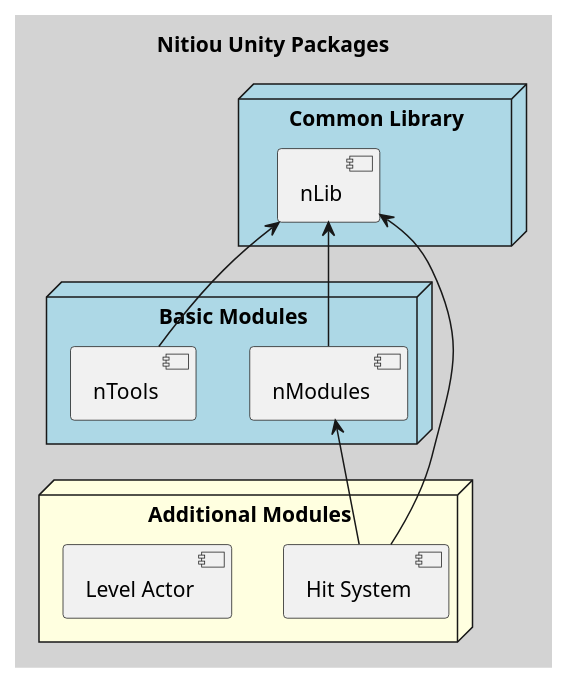
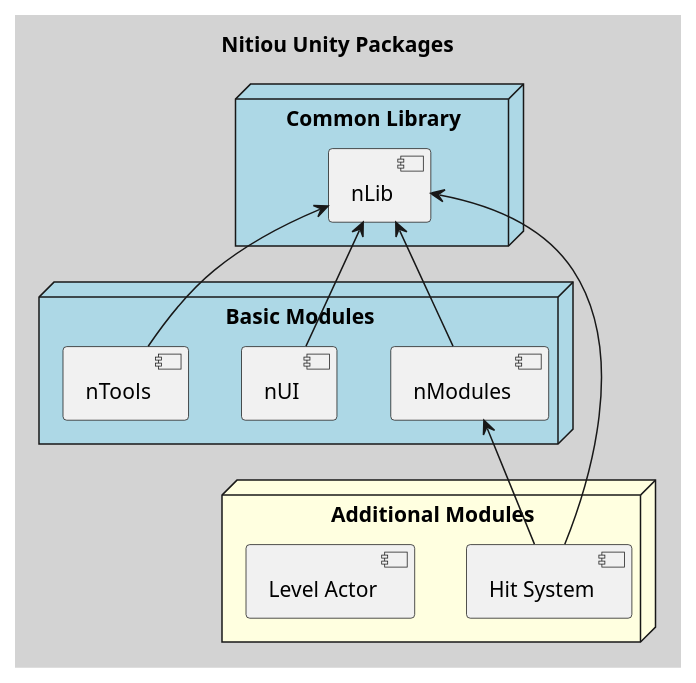
Before and after one commit to nitou-kanazawa/NitouUnityLib: the diagram in Assets/ModuleDiagram.puml, drawn with PlantUML. The commit also changed 709 other files, not shown here.

```diff
--- a/Assets/ModuleDiagram.puml
+++ b/Assets/ModuleDiagram.puml
@@ -1,30 +1,32 @@
 @startuml "Nitiou Packages"
 title "Nitiou Unity Packages"
 skinparam packageStyle rectangle
 skinparam BackgroundColor LightGray
 
 ' 共通ライブラリ
 node "Common Library" #LightBlue{
   component "nLib" as Library
 }
 
 ' 基本モジュール
 node "Basic Modules" #LightBlue{
+  component "nUI" as BasicUI
   component "nModules" as BasicModules
   component "nTools" as BasicTools
 }
 
 ' 追加モジュール
 node "Additional Modules" #LightYellow{
   component "Hit System" as HitSystem
   component "Level Actor" as LevelActor
 }
 
 ' 依存関係
+BasicUI -up-> Library
 BasicModules -up-> Library
 BasicTools -up-> Library
 
 HitSystem -up-> Library
 HitSystem -up-> BasicModules
 
 @enduml
```
